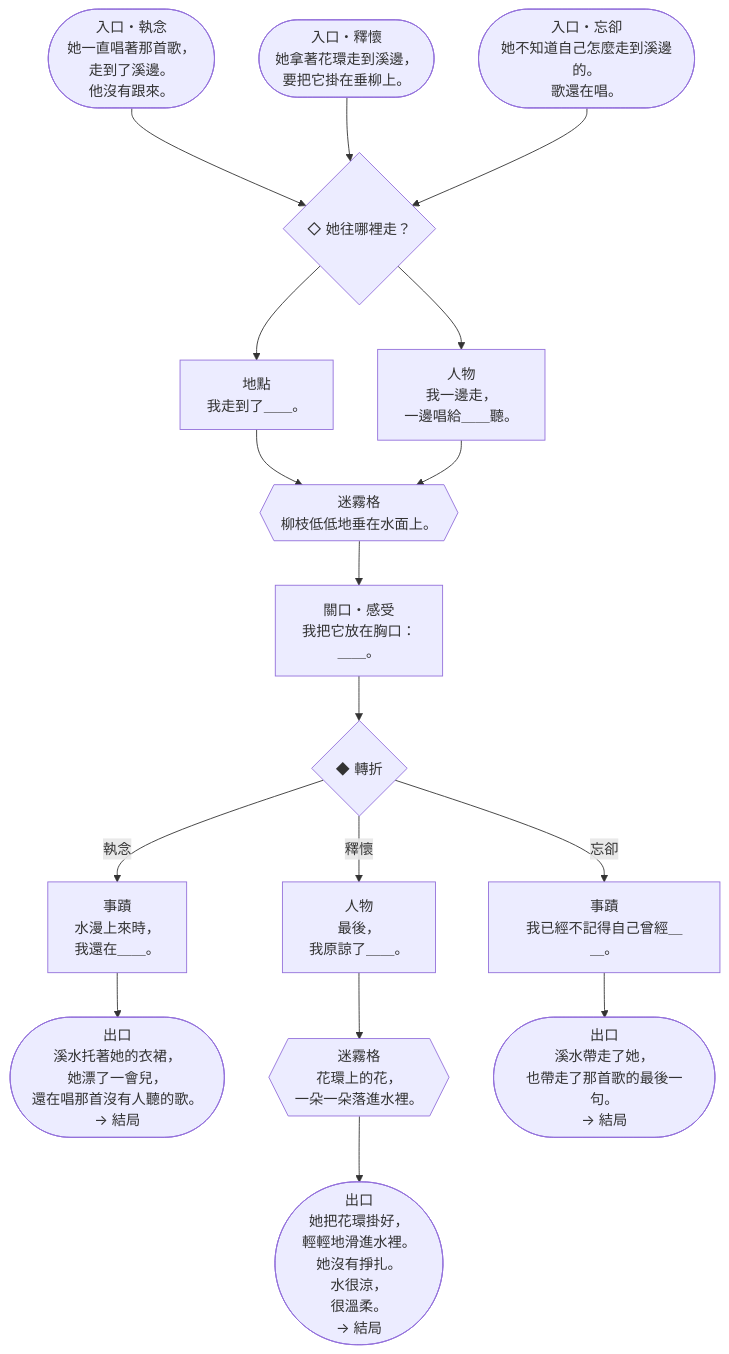
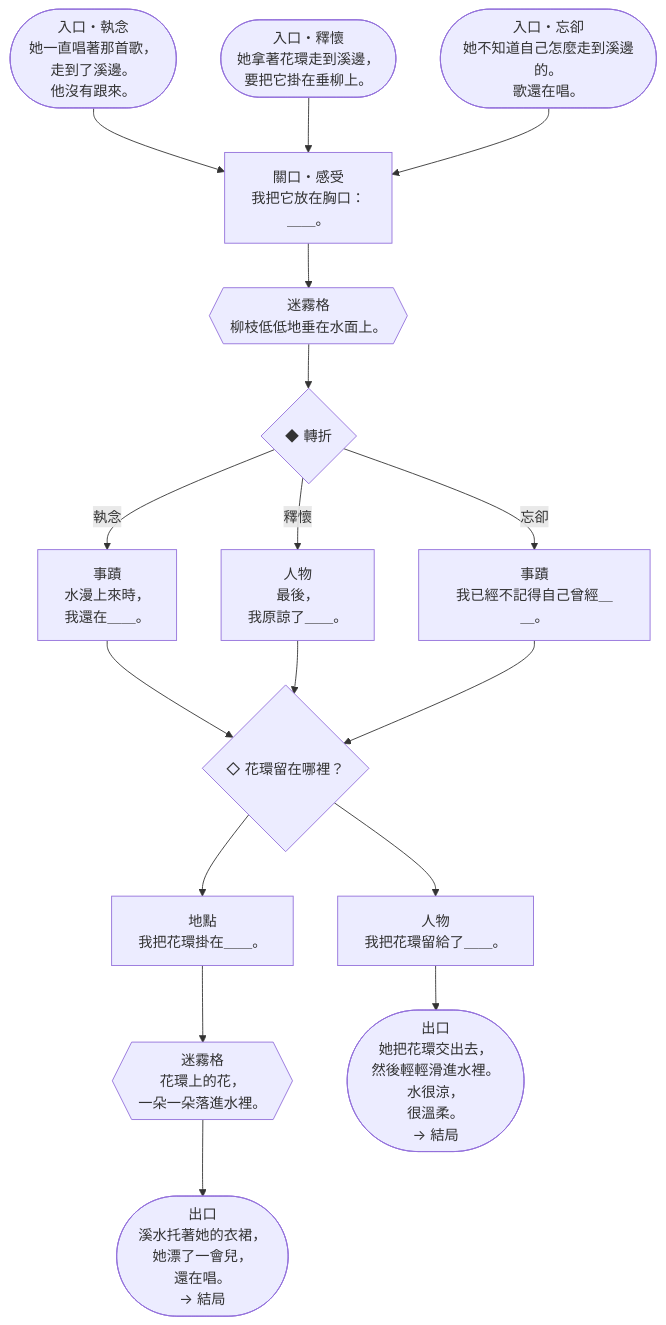
Before and after one commit to Ralph-Liu-Hub/Boardgame-Netherbloom: the sixth of 15 diagrams in docs/design/V5-storybooks.zh-TW.md, drawn with Mermaid. The commit also changed other lines of this file and 5 other files, not shown here.

````diff
--- a/docs/design/V5-storybooks.zh-TW.md
+++ b/docs/design/V5-storybooks.zh-TW.md
@@ -542,32 +542,31 @@
 ```mermaid
 flowchart TD
-  c2E0(["入口・執念<br>她一直唱著那首歌，<br>走到了溪邊。<br>他沒有跟來。"]) --> c2p1
-  c2E1(["入口・釋懷<br>她拿著花環走到溪邊，<br>要把它掛在垂柳上。"]) --> c2p1
-  c2E2(["入口・忘卻<br>她不知道自己怎麼走到溪邊的。<br>歌還在唱。"]) --> c2p1
-  c2p1{"◇ 她往哪裡走？"}
-  c2p1 --> c2a1
-  c2p1 --> c2a2
-  c2a1["地點<br>我走到了＿＿。"]
-  c2a1 --> c2x1
-  c2a2["人物<br>我一邊走，<br>一邊唱給＿＿聽。"]
-  c2a2 --> c2x1
+  c2E0(["入口・執念<br>她一直唱著那首歌，<br>走到了溪邊。<br>他沒有跟來。"]) --> c2a
+  c2E1(["入口・釋懷<br>她拿著花環走到溪邊，<br>要把它掛在垂柳上。"]) --> c2a
+  c2E2(["入口・忘卻<br>她不知道自己怎麼走到溪邊的。<br>歌還在唱。"]) --> c2a
+  c2a["關口・感受<br>我把它放在胸口：<br>＿＿。"]
+  c2a --> c2x1
   c2x1{{"迷霧格<br>柳枝低低地垂在水面上。"}}
-  c2x1 --> c2b
-  c2b["關口・感受<br>我把它放在胸口：<br>＿＿。"]
-  c2b --> c2f
+  c2x1 --> c2f
   c2f{"◆ 轉折"}
   c2f -- 執念 --> c2c1
   c2f -- 釋懷 --> c2c2
   c2f -- 忘卻 --> c2c3
   c2c1["事蹟<br>水漫上來時，<br>我還在＿＿。"]
-  c2c1 --> c2o1
+  c2c1 --> c2p1
   c2c2["人物<br>最後，<br>我原諒了＿＿。"]
-  c2c2 --> c2x2
+  c2c2 --> c2p1
+  c2c3["事蹟<br>我已經不記得自己曾經＿＿。"]
+  c2c3 --> c2p1
+  c2p1{"◇ 花環留在哪裡？"}
+  c2p1 --> c2d1
+  c2p1 --> c2d2
+  c2d1["地點<br>我把花環掛在＿＿。"]
+  c2d1 --> c2x2
   c2x2{{"迷霧格<br>花環上的花，<br>一朵一朵落進水裡。"}}
-  c2x2 --> c2o2
-  c2c3["事蹟<br>我已經不記得自己曾經＿＿。"]
-  c2c3 --> c2o3
-  c2o1(["出口<br>溪水托著她的衣裙，<br>她漂了一會兒，<br>還在唱那首沒有人聽的歌。<br>→ 結局"])
-  c2o2(["出口<br>她把花環掛好，<br>輕輕地滑進水裡。<br>她沒有掙扎。<br>水很涼，<br>很溫柔。<br>→ 結局"])
-  c2o3(["出口<br>溪水帶走了她，<br>也帶走了那首歌的最後一句。<br>→ 結局"])
+  c2x2 --> c2o1
+  c2d2["人物<br>我把花環留給了＿＿。"]
+  c2d2 --> c2o2
+  c2o1(["出口<br>溪水托著她的衣裙，<br>她漂了一會兒，<br>還在唱。<br>→ 結局"])
+  c2o2(["出口<br>她把花環交出去，<br>然後輕輕滑進水裡。<br>水很涼，<br>很溫柔。<br>→ 結局"])
 ```
````
